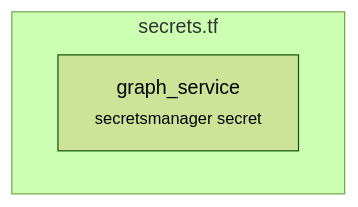
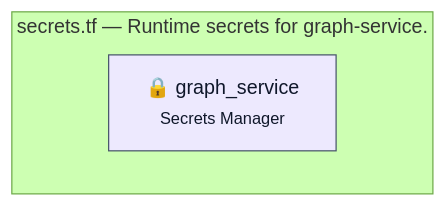
The diagram in infra/diagrams/per-file/secrets.mmd (macamp0328/liner-notes), drawn with Mermaid (forest theme) before and after one commit. The commit also changed 11 other files, not shown here.

First line of the commit message:
docs(diagrams): enrich per-file Mermaid + redesign request-flow (#149)

```diff
--- a/infra/diagrams/per-file/secrets.mmd
+++ b/infra/diagrams/per-file/secrets.mmd
@@ -1,7 +1,8 @@
 %% Auto-generated by scripts/diagrams/generate.ts — do not edit by hand.
 %% Source: infra/terraform/secrets.tf
 flowchart LR
-  subgraph this["secrets.tf"]
+  classDef secrets fill:#ede9fe,stroke:#475569,color:#0f172a
+  subgraph this["secrets.tf — Runtime secrets for graph-service."]
     direction LR
-    aws_secretsmanager_secret_graph_service["graph_service<br/><small>secretsmanager secret</small>"]
+    aws_secretsmanager_secret_graph_service["🔒 graph_service<br/><small>Secrets Manager</small>"]:::secrets
   end
```
